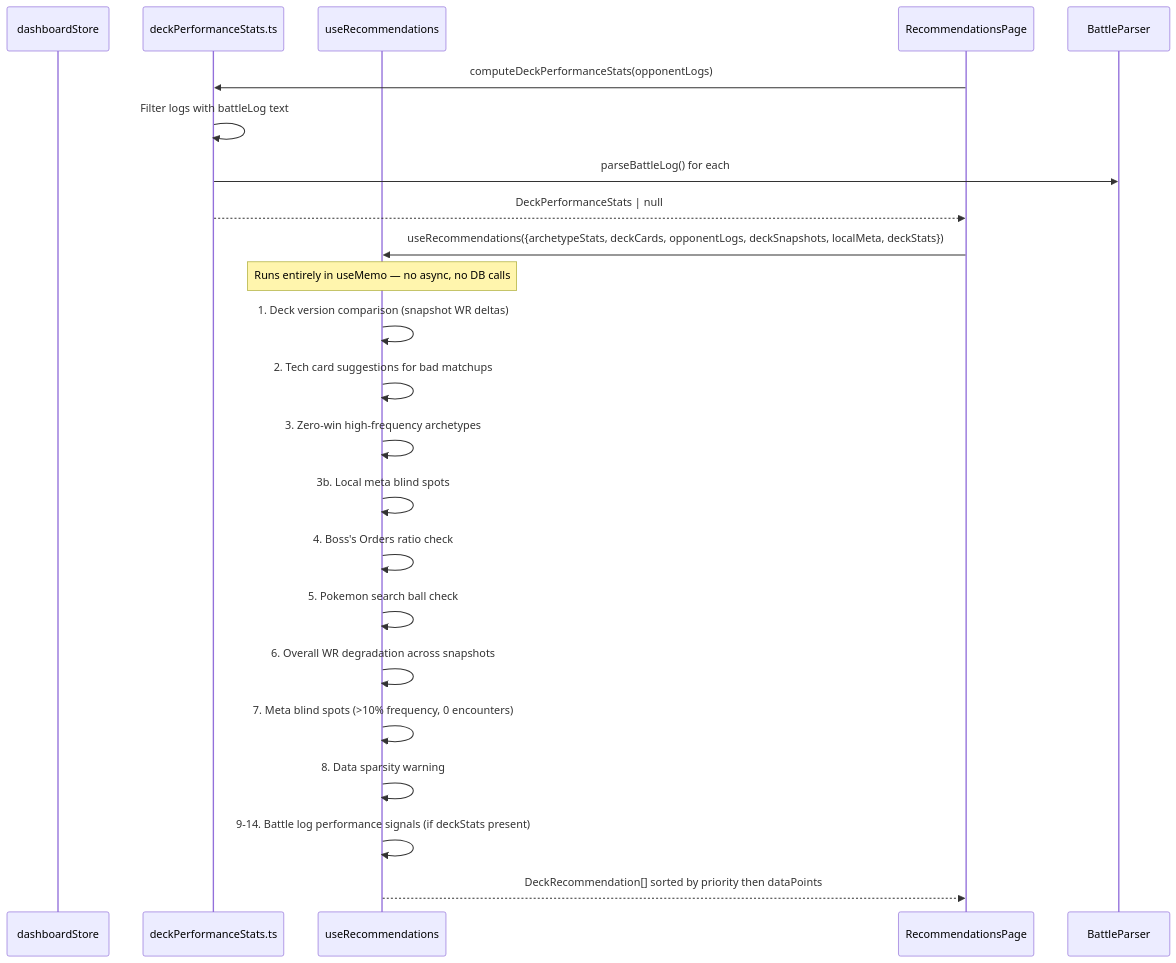
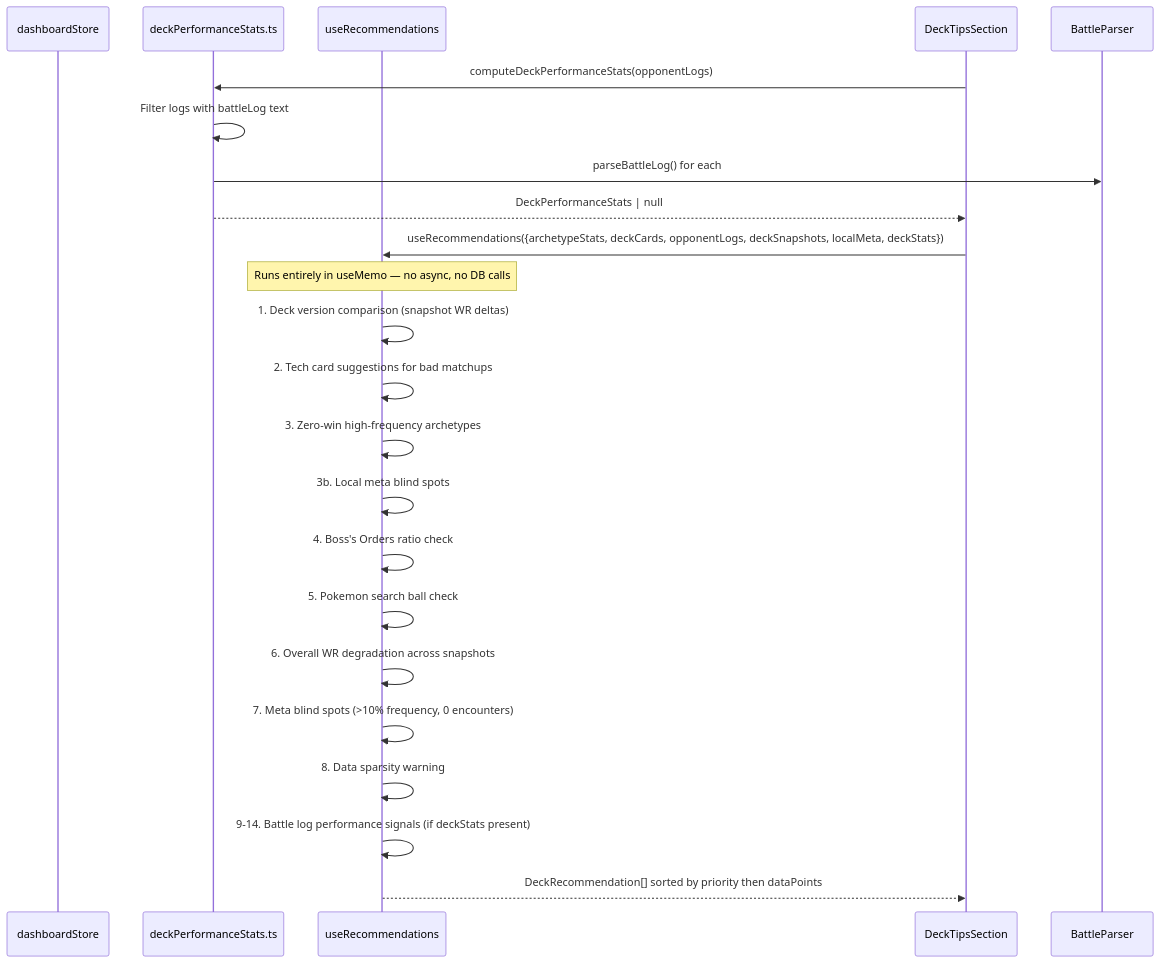
Before and after one commit to konradthiemann/Pokekon: the seventh of 15 diagrams in docs/data-flow.md, drawn with Mermaid. The commit also changed other lines of this file and 29 other files, not shown here.

````diff
--- a/docs/data-flow.md
+++ b/docs/data-flow.md
@@ -272,27 +272,27 @@
 ```mermaid
 sequenceDiagram
     participant Store as dashboardStore
     participant PerfStats as deckPerformanceStats.ts
     participant Hook as useRecommendations
-    participant RecsPage as RecommendationsPage
+    participant RecsSection as DeckTipsSection
 
-    RecsPage->>PerfStats: computeDeckPerformanceStats(opponentLogs)
+    RecsSection->>PerfStats: computeDeckPerformanceStats(opponentLogs)
     PerfStats->>PerfStats: Filter logs with battleLog text
     PerfStats->>BattleParser: parseBattleLog() for each
-    PerfStats-->>RecsPage: DeckPerformanceStats | null
+    PerfStats-->>RecsSection: DeckPerformanceStats | null
 
-    RecsPage->>Hook: useRecommendations({archetypeStats, deckCards, opponentLogs, deckSnapshots, localMeta, deckStats})
+    RecsSection->>Hook: useRecommendations({archetypeStats, deckCards, opponentLogs, deckSnapshots, localMeta, deckStats})
     Note over Hook: Runs entirely in useMemo — no async, no DB calls
 
     Hook->>Hook: 1. Deck version comparison (snapshot WR deltas)
     Hook->>Hook: 2. Tech card suggestions for bad matchups
     Hook->>Hook: 3. Zero-win high-frequency archetypes
     Hook->>Hook: 3b. Local meta blind spots
     Hook->>Hook: 4. Boss's Orders ratio check
     Hook->>Hook: 5. Pokemon search ball check
     Hook->>Hook: 6. Overall WR degradation across snapshots
     Hook->>Hook: 7. Meta blind spots (>10% frequency, 0 encounters)
     Hook->>Hook: 8. Data sparsity warning
     Hook->>Hook: 9-14. Battle log performance signals (if deckStats present)
-    Hook-->>RecsPage: DeckRecommendation[] sorted by priority then dataPoints
+    Hook-->>RecsSection: DeckRecommendation[] sorted by priority then dataPoints
 ```
````
